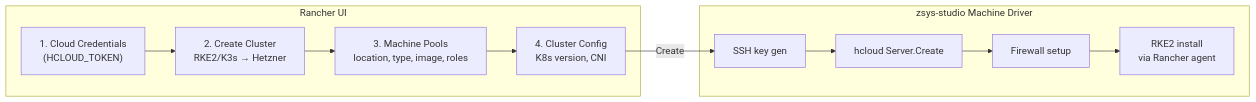
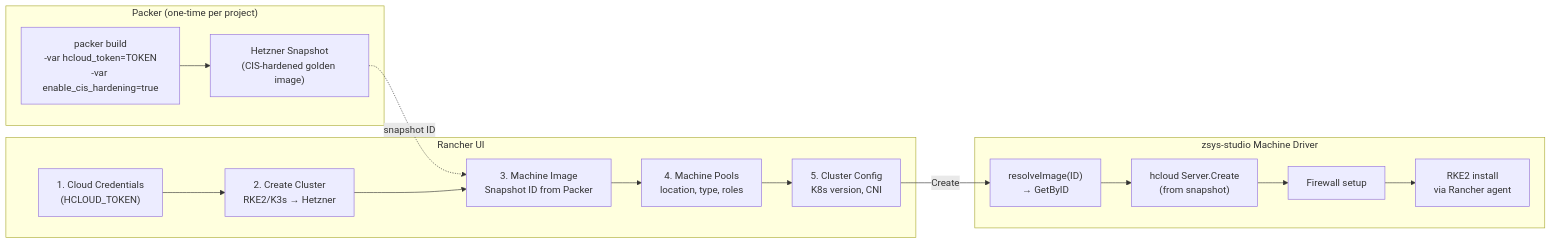
The fourth of 6 diagrams in docs/ARCHITECTURE.md (mbilan1/terraform-hcloud-rancher), drawn with Mermaid before and after one commit. The commit also changed other lines of this file and 1 other file, not shown here.

First line of the commit message:
docs: add beta disclaimer, ecosystem section, and CIS golden image flow

````diff
--- a/docs/ARCHITECTURE.md
+++ b/docs/ARCHITECTURE.md
@@ -354,19 +354,27 @@
 ```mermaid
 flowchart LR
+    subgraph packer["Packer (one-time per project)"]
+        build["packer build\n-var hcloud_token=TOKEN\n-var enable_cis_hardening=true"]
+        snap["Hetzner Snapshot\n(CIS-hardened golden image)"]
+    end
+
     subgraph rancher["Rancher UI"]
         cred["1. Cloud Credentials\n(HCLOUD_TOKEN)"]
         create["2. Create Cluster\nRKE2/K3s → Hetzner"]
-        pools["3. Machine Pools\nlocation, type, image, roles"]
-        config["4. Cluster Config\nK8s version, CNI"]
+        image["3. Machine Image\nSnapshot ID from Packer"]
+        pools["4. Machine Pools\nlocation, type, roles"]
+        config["5. Cluster Config\nK8s version, CNI"]
     end
 
     subgraph driver["zsys-studio Machine Driver"]
-        ssh["SSH key gen"]
-        server["hcloud Server.Create"]
+        resolve["resolveImage(ID)\n→ GetByID"]
+        server["hcloud Server.Create\n(from snapshot)"]
         fw["Firewall setup"]
         install["RKE2 install\nvia Rancher agent"]
     end
 
-    cred --> create --> pools --> config
-    config -->|"Create"| ssh --> server --> fw --> install
+    build --> snap
+    snap -.->|"snapshot ID"| image
+    cred --> create --> image --> pools --> config
+    config -->|"Create"| resolve --> server --> fw --> install
 ```
````
